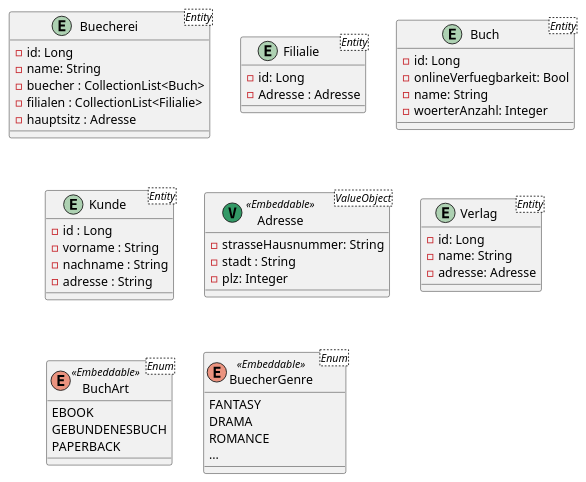
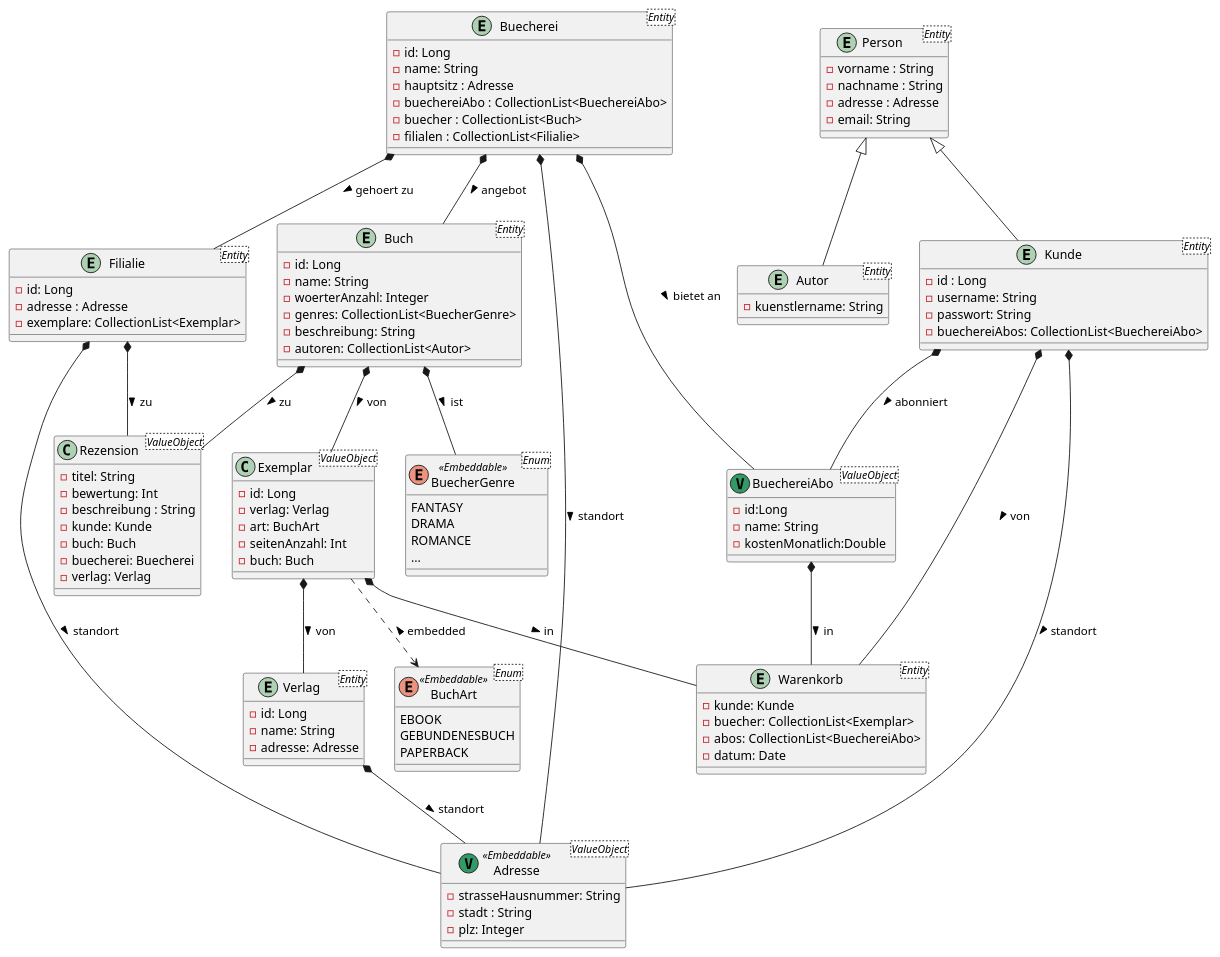
The diagram in sj24-25-Scherzer-Rabar/Bibliothek.puml (Rab210635/BackupRepoPosProject2425), drawn with PlantUML before and after one commit.

Commit message:
Modelling continued

```diff
--- a/sj24-25-Scherzer-Rabar/Bibliothek.puml
+++ b/sj24-25-Scherzer-Rabar/Bibliothek.puml
@@ -1,55 +1,127 @@
      @startuml
 
 entity Buecherei <Entity> {
     - id: Long
     - name: String
+    - hauptsitz : Adresse
+    - buechereiAbo : CollectionList<BuechereiAbo>
     - buecher : CollectionList<Buch>
     - filialen : CollectionList<Filialie>
-    - hauptsitz : Adresse
 }
 
 entity Filialie <Entity> {
     - id: Long
-    - Adresse : Adresse
+    - adresse : Adresse
+    - exemplare: CollectionList<Exemplar>
 }
 
 entity Buch <Entity> {
     - id: Long
-    - onlineVerfuegbarkeit: Bool
     - name: String
     - woerterAnzahl: Integer
+    - genres: CollectionList<BuecherGenre>
+    - beschreibung: String
+    - autoren: CollectionList<Autor>
 }
 
-entity Kunde <Entity> {
-    - id : Long
+class Exemplar <ValueObject>{
+    - id: Long
+    - verlag: Verlag
+    - art: BuchArt
+    - seitenAnzahl: Int
+    - buch: Buch
+}
+
+entity Warenkorb <Entity> {
+    - kunde: Kunde
+    - buecher: CollectionList<Exemplar>
+    - abos: CollectionList<BuechereiAbo>
+    - datum: Date
+}
+
+
+
+entity Person <Entity> {
     - vorname : String
     - nachname : String
-    - adresse : String
+    - adresse : Adresse
+    - email: String
+}
+entity Autor <Entity> extends Person{
+    - kuenstlername: String
+}
+
+entity Kunde <Entity>  extends Person{
+    - id : Long
+    - username: String
+    - passwort: String
+    - buechereiAbos: CollectionList<BuechereiAbo>
 }
 
 class Adresse <ValueObject> << (V, #339966) Embeddable >>{
     - strasseHausnummer: String
     - stadt : String
     - plz: Integer
 }
 
+class Rezension <ValueObject> {
+    - titel: String
+    - bewertung: Int
+    - beschreibung : String
+    - kunde: Kunde
+    - buch: Buch
+    - buecherei: Buecherei
+    - verlag: Verlag
+}
+
 entity Verlag <Entity> {
     - id: Long
     - name: String
     - adresse: Adresse
+}
+
+class BuechereiAbo <ValueObject> << (V,#339966) >> {
+    - id:Long
+    - name: String
+    - kostenMonatlich:Double
 }
 
 enum BuchArt <Enum> <<Embeddable>>{
     EBOOK
     GEBUNDENESBUCH
     PAPERBACK
 }
 
 enum BuecherGenre <Enum> <<Embeddable>> {
     FANTASY
     DRAMA
     ROMANCE
     ...
 }
 
+Buch *-- Exemplar : von >
+Buch *-- Rezension : zu >
+Buch *-- BuecherGenre : ist >
+
+Exemplar *-- Verlag : von >
+Exemplar *-- Warenkorb : in >
+Exemplar ..> BuchArt :< embedded
+
+Kunde *-- Adresse : standort >
+Kunde *-- BuechereiAbo: abonniert >
+Kunde *-- Warenkorb: von >
+
+Verlag *-- Adresse : standort >
+
+Filialie *-- Adresse : standort >
+Filialie *-- Rezension : zu >
+
+Buecherei *-- Filialie: gehoert zu >
+Buecherei *-- Adresse : standort >
+Buecherei *-- BuechereiAbo: bietet an >
+Buecherei *-- Buch: angebot >
+
+BuechereiAbo *-- Warenkorb: in >
+
+
 @enduml
```
